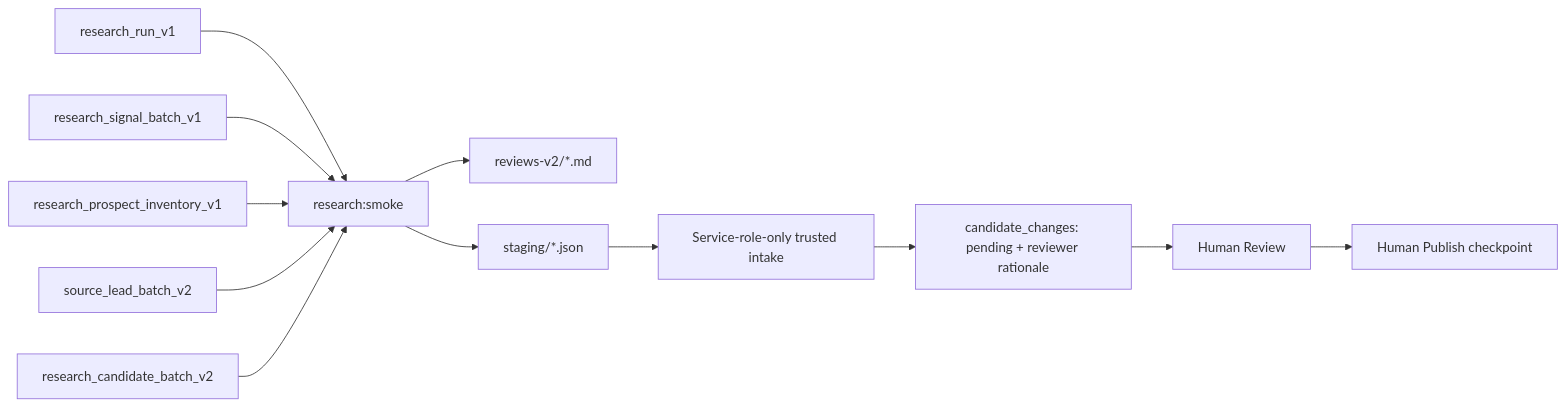
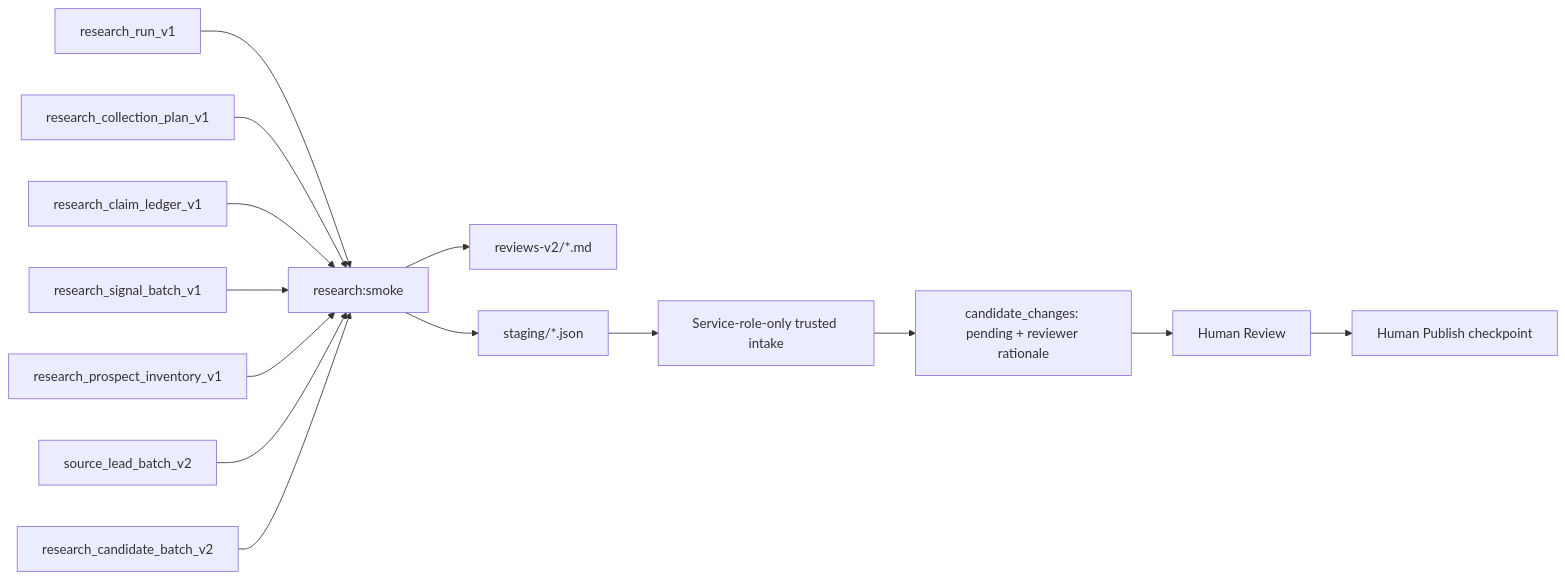
The fourth of 6 diagrams in context/governance/Autonomous Ecosystem Research Pipeline.md (AndDavies/ecosystem_intelligence), drawn with Mermaid before and after one commit. The commit also changed other lines of this file and 25 other files, not shown here.

Commit message:
Align claim-led research intake contracts

````diff
--- a/context/governance/Autonomous Ecosystem Research Pipeline.md
+++ b/context/governance/Autonomous Ecosystem Research Pipeline.md
@@ -136,14 +143,16 @@
 ```mermaid
 flowchart LR
   R["research_run_v1"] --> V["research:smoke"]
+  CP["research_collection_plan_v1"] --> V
+  CL["research_claim_ledger_v1"] --> V
   S["research_signal_batch_v1"] --> V
   P["research_prospect_inventory_v1"] --> V
   L["source_lead_batch_v2"] --> V
   C["research_candidate_batch_v2"] --> V
   V --> RP["reviews-v2/*.md"]
   V --> SE["staging/*.json"]
   SE --> TI["Service-role-only trusted intake"]
   TI --> CR["candidate_changes: pending + reviewer rationale"]
   CR --> HR["Human Review"]
   HR --> PC["Human Publish checkpoint"]
 ```
````
